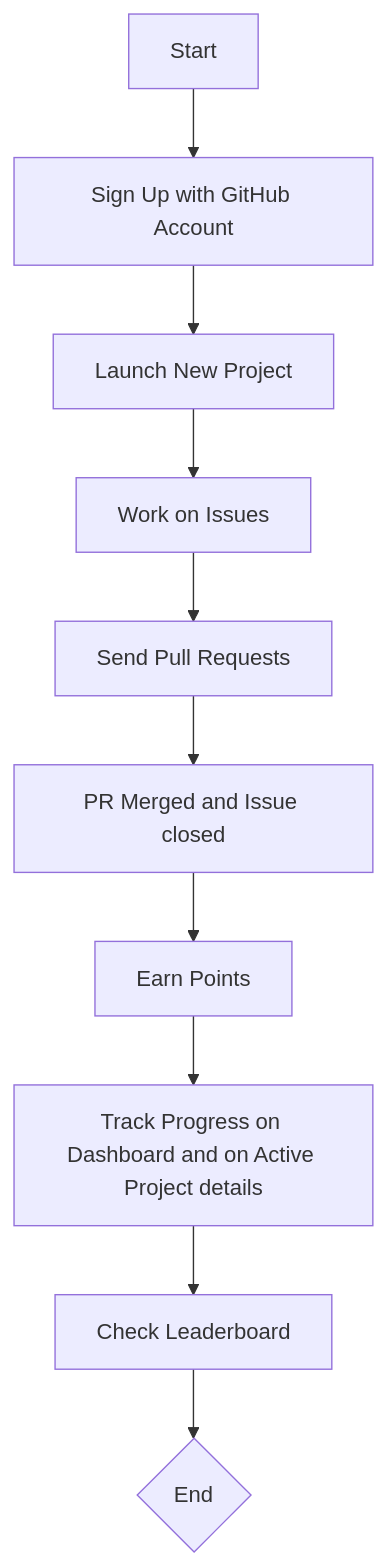
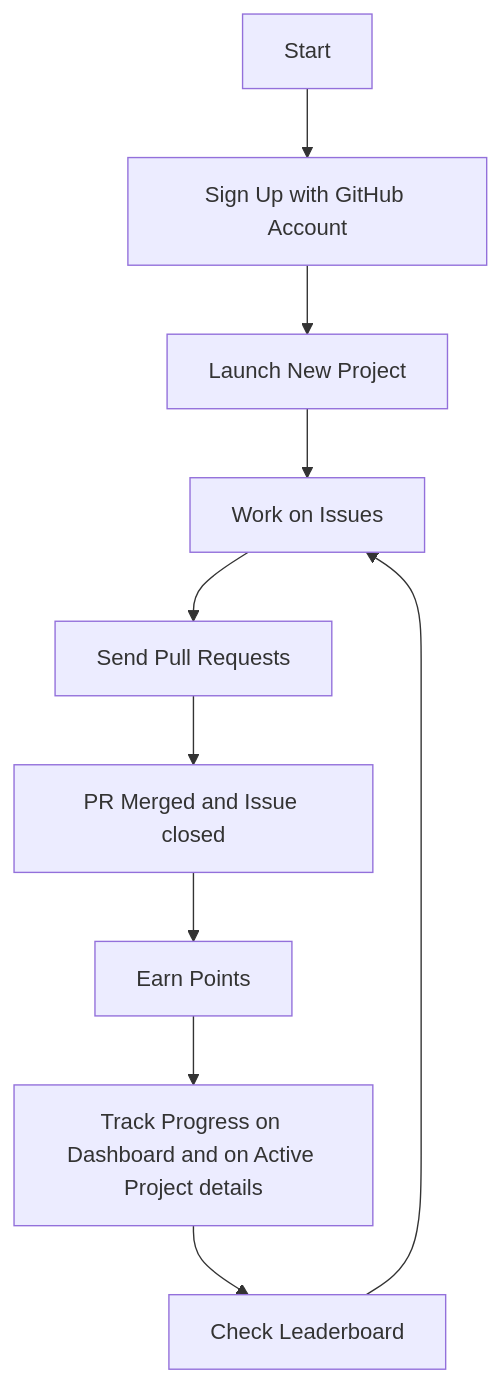
One commit to EpicLaunchX/docs changed the diagram in docs/how-it-works.md. Above: the diagram before and after it, drawn with Mermaid. The commit also changed 1 other file, not shown here.

Commit message:
docs: add more words in Features section

````diff
--- a/docs/how-it-works.md
+++ b/docs/how-it-works.md
@@ -78,13 +78,13 @@
 ```mermaid
 flowchart TD
     A[Start] --> B[Sign Up with GitHub Account]
     B --> C[Launch New Project]
     C --> E[Work on Issues]
     E --> F[Send Pull Requests]
     F --> G[PR Merged and Issue closed]
     G --> H[Earn Points]
     H --> I[Track Progress on Dashboard and on Active Project details]
     I --> J[Check Leaderboard]
-    J --> K{End}
+    J --> E
 
 ```
````
